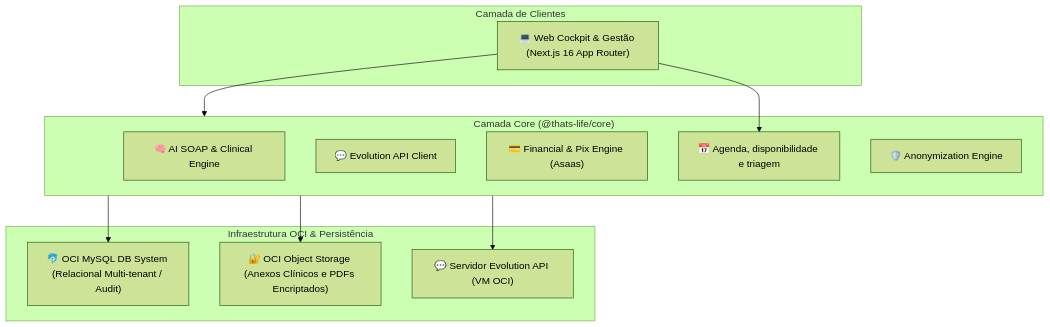
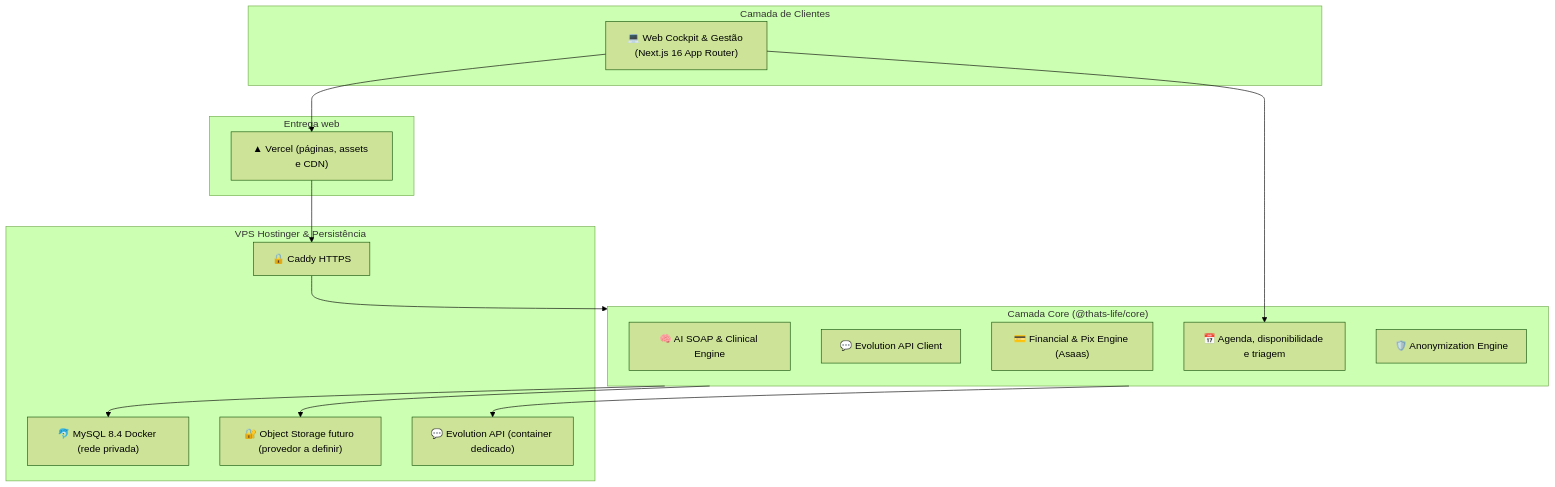
The first of 9 diagrams in docs/ARCHITECTURE.md (victoralmeidaj16/Clinica-viver), drawn with Mermaid (forest theme) before and after one commit. The commit also changed other lines of this file and 24 other files, not shown here.

````diff
--- a/docs/ARCHITECTURE.md
+++ b/docs/ARCHITECTURE.md
@@ -22,26 +22,33 @@
 ```mermaid
 flowchart TD
     subgraph ClientLayer ["Camada de Clientes"]
         WEB["💻 Web Cockpit & Gestão (Next.js 16 App Router)"]
     end
 
     subgraph ServiceLayer ["Camada Core (@thats-life/core)"]
         SOAP["🧠 AI SOAP & Clinical Engine"]
         EVO["💬 Evolution API Client"]
         FIN["💳 Financial & Pix Engine (Asaas)"]
         SCHEDULE["📅 Agenda, disponibilidade e triagem"]
         ANON["🛡️ Anonymization Engine"]
     end
 
-    subgraph InfraLayer ["Infraestrutura OCI & Persistência"]
-        DB["🐬 OCI MySQL DB System (Relacional Multi-tenant / Audit)"]
-        STORAGE["🔐 OCI Object Storage (Anexos Clínicos e PDFs Encriptados)"]
-        EXT_EVO["💬 Servidor Evolution API (VM OCI)"]
+    subgraph EdgeLayer ["Entrega web"]
+        VERCEL["▲ Vercel (páginas, assets e CDN)"]
     end
 
-    WEB --> ServiceLayer
+    subgraph InfraLayer ["VPS Hostinger & Persistência"]
+        PROXY["🔒 Caddy HTTPS"]
+        DB["🐬 MySQL 8.4 Docker (rede privada)"]
+        STORAGE["🔐 Object Storage futuro (provedor a definir)"]
+        EXT_EVO["💬 Evolution API (container dedicado)"]
+    end
+
+    WEB --> VERCEL
+    VERCEL --> PROXY
+    PROXY --> ServiceLayer
     WEB --> SCHEDULE
     ServiceLayer --> DB
     ServiceLayer --> STORAGE
     ServiceLayer --> EXT_EVO
 ```
````
